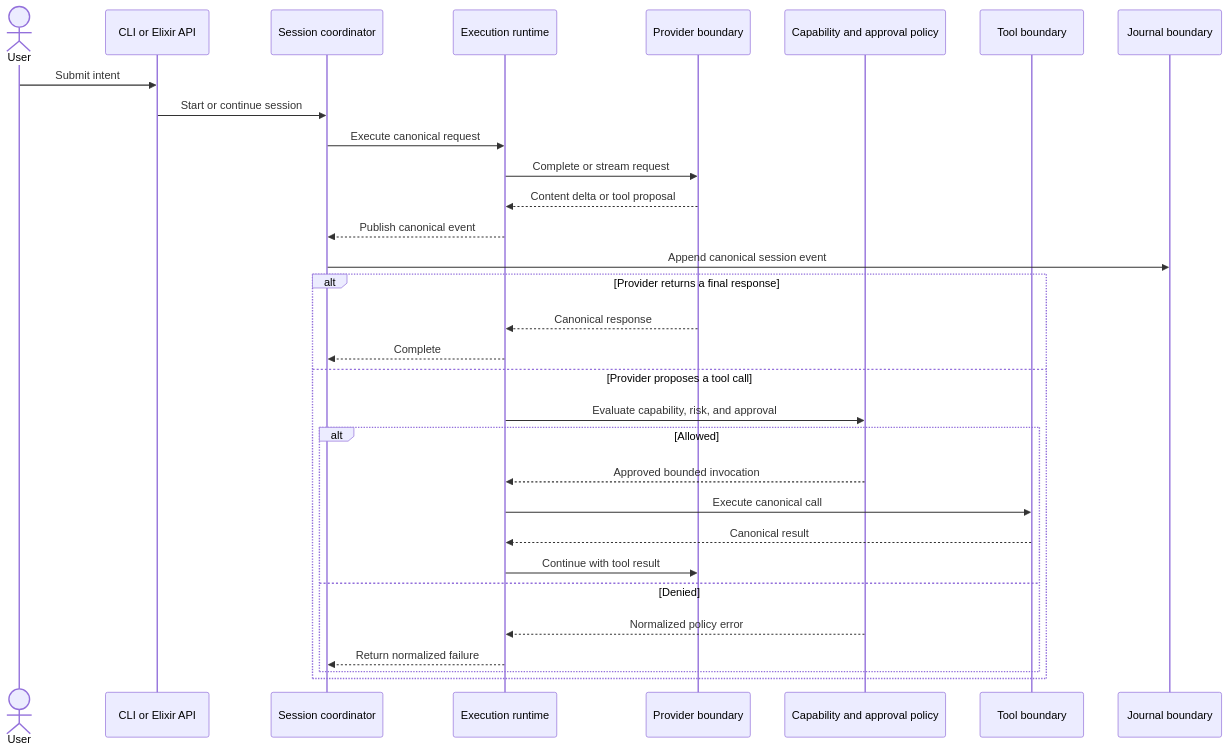
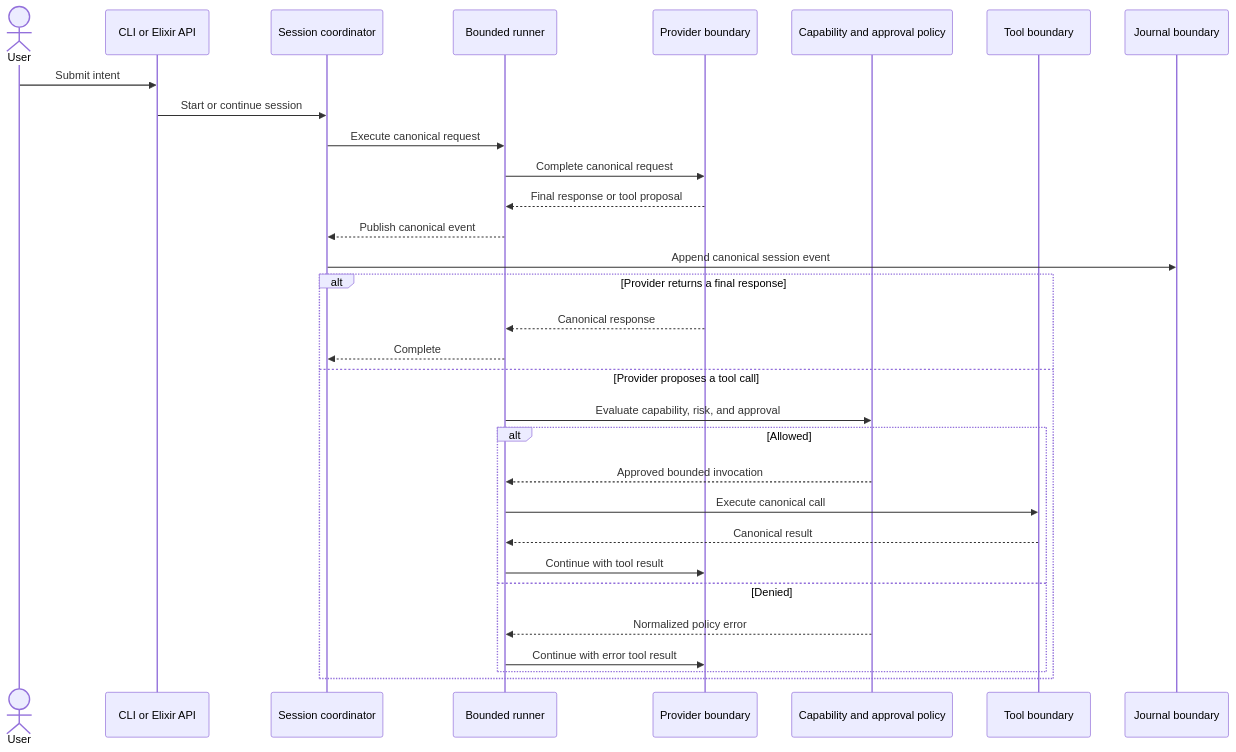
Before and after one commit to ccarvalho-eng/draught: the second of 6 diagrams in docs/architecture.md, drawn with Mermaid. The commit also changed other lines of this file and 3 other files, not shown here.

Commit message:
docs(runner): document execution contract (#52)

````diff
--- a/docs/architecture.md
+++ b/docs/architecture.md
@@ -85,35 +85,35 @@
 ```mermaid
 sequenceDiagram
   actor User
   participant Interface as CLI or Elixir API
   participant Session as Session coordinator
-  participant Runtime as Execution runtime
+  participant Runtime as Bounded runner
   participant Provider as Provider boundary
   participant Policy as Capability and approval policy
   participant Tool as Tool boundary
   participant Journal as Journal boundary
 
   User->>Interface: Submit intent
   Interface->>Session: Start or continue session
   Session->>Runtime: Execute canonical request
-  Runtime->>Provider: Complete or stream request
-  Provider-->>Runtime: Content delta or tool proposal
+  Runtime->>Provider: Complete canonical request
+  Provider-->>Runtime: Final response or tool proposal
   Runtime-->>Session: Publish canonical event
   Session->>Journal: Append canonical session event
 
   alt Provider returns a final response
     Provider-->>Runtime: Canonical response
     Runtime-->>Session: Complete
   else Provider proposes a tool call
     Runtime->>Policy: Evaluate capability, risk, and approval
     alt Allowed
       Policy-->>Runtime: Approved bounded invocation
       Runtime->>Tool: Execute canonical call
       Tool-->>Runtime: Canonical result
       Runtime->>Provider: Continue with tool result
     else Denied
       Policy-->>Runtime: Normalized policy error
-      Runtime-->>Session: Return normalized failure
+      Runtime->>Provider: Continue with error tool result
     end
   end
 ```
````
